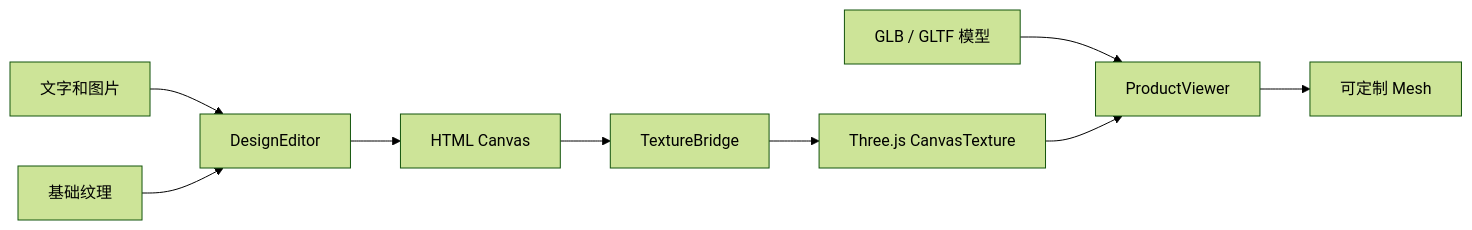
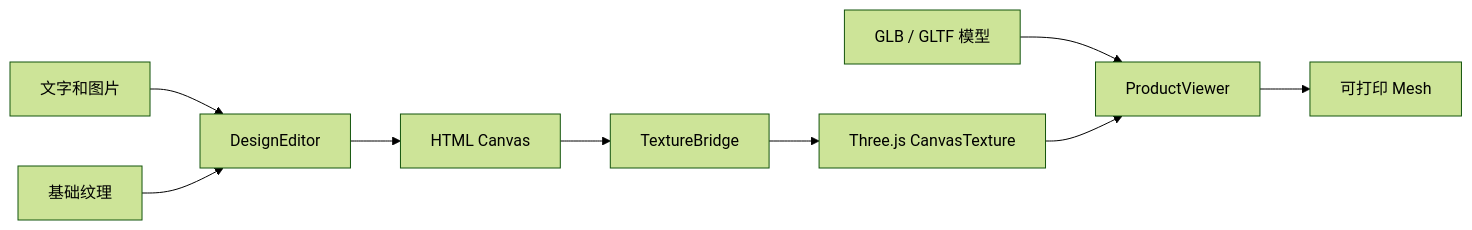
Before and after one commit to songshanliu/CustomForge: the diagram in README.zh-CN.md, drawn with Mermaid (forest theme). The commit also changed other lines of this file and 10 other files, not shown here.

````diff
--- a/README.zh-CN.md
+++ b/README.zh-CN.md
@@ -398,11 +399,11 @@
 ```mermaid
 flowchart LR
     A[文字和图片] --> B[DesignEditor]
     C[基础纹理] --> B
     B --> D[HTML Canvas]
     D --> E[TextureBridge]
     E --> F[Three.js CanvasTexture]
     G[GLB / GLTF 模型] --> H[ProductViewer]
     F --> H
-    H --> I[可定制 Mesh]
+    H --> I[可打印 Mesh]
 ```
````
